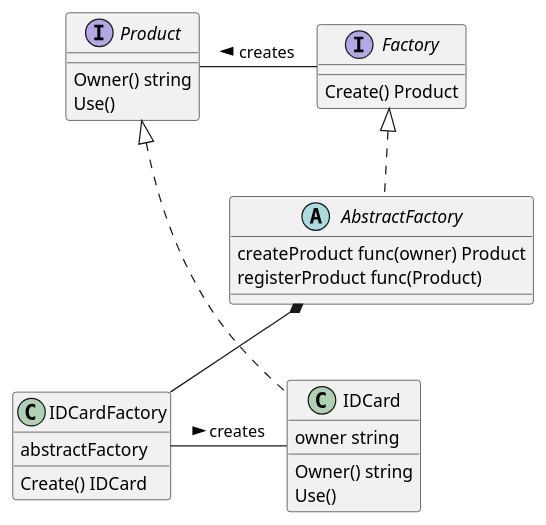
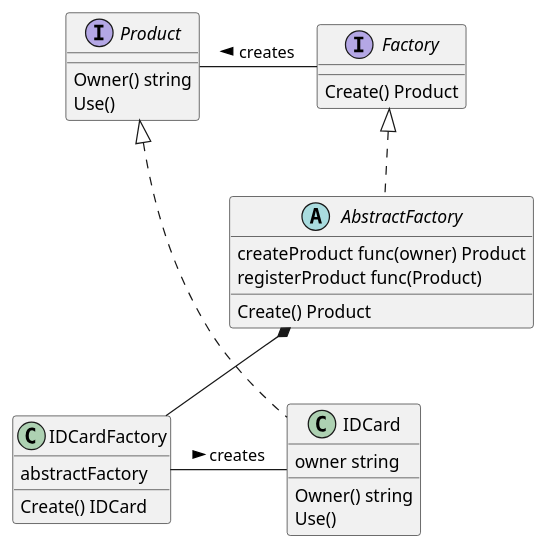
Before and after one commit to SDTakeuchi/design-pattern: the diagram in factory_method/uml.pu, drawn with PlantUML.

Commit message:
update uml

```diff
--- a/factory_method/uml.pu
+++ b/factory_method/uml.pu
@@ -1,33 +1,34 @@
 @startuml
 
 interface Product {
   Owner() string
   Use()
 }
 interface Factory {
   Create() Product
 }
 abstract class AbstractFactory {
   createProduct func(owner) Product
   registerProduct func(Product)
   __
+  Create() Product
 }
 class IDCard {
   owner string
   Owner() string
   Use()
 }
 class IDCardFactory {
   abstractFactory
   Create() IDCard
 }
 
 IDCardFactory - IDCard : creates >
 Product - Factory : < creates
 
 Product <|.. IDCard
 
 AbstractFactory *-- IDCardFactory
 Factory <|.. AbstractFactory
 
 @enduml
```
